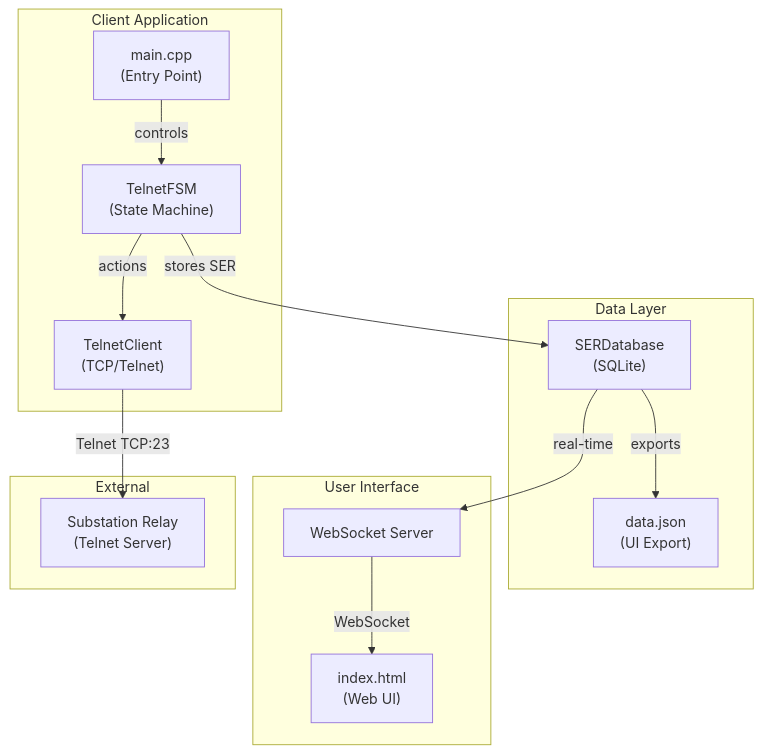
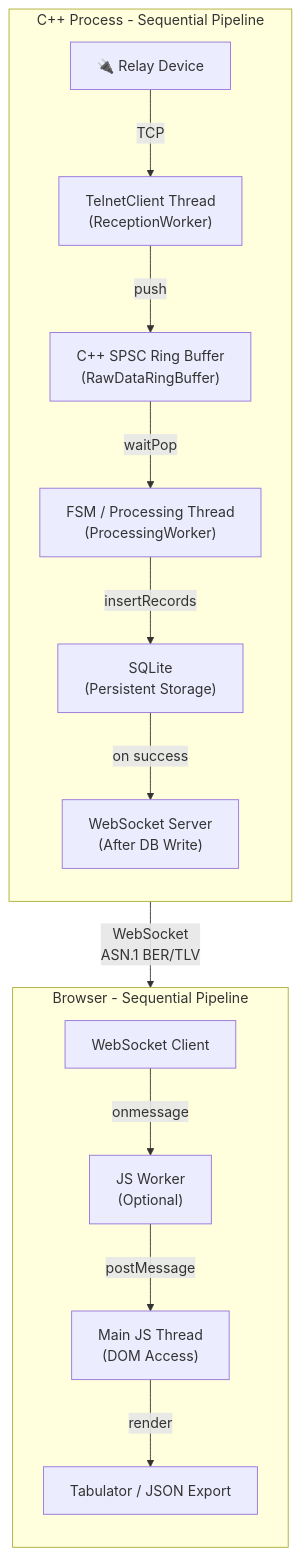
The diagram in work.md (Shimaeel/relay-monitoring), drawn with Mermaid before and after one commit. The commit also changed other lines of this file and 13 other files, not shown here.

````diff
--- a/work.md
+++ b/work.md
@@ -7,29 +43,32 @@
 ```mermaid
 flowchart TB
-    subgraph Client["Client Application"]
-        main["main.cpp\n(Entry Point)"]
-        fsm["TelnetFSM\n(State Machine)"]
-        client["TelnetClient\n(TCP/Telnet)"]
-        main -->|controls| fsm -->|actions| client
+    subgraph CPP["C++ Process - Sequential Pipeline"]
+        direction TB
+        relay["🔌 Relay Device"]
+        telnetThread["TelnetClient Thread\n(ReceptionWorker)"]
+        spscRing["C++ SPSC Ring Buffer\n(RawDataRingBuffer)"]
+        fsmThread["FSM / Processing Thread\n(ProcessingWorker)"]
+        sqlite["SQLite\n(Persistent Storage)"]
+        wsServer["WebSocket Server\n(After DB Write)"]
+        
+        relay -->|"TCP"| telnetThread
+        telnetThread -->|"push"| spscRing
+        spscRing -->|"waitPop"| fsmThread
+        fsmThread -->|"insertRecords"| sqlite
+        sqlite -->|"on success"| wsServer
     end
 
-    subgraph Data["Data Layer"]
-        db["SERDatabase\n(SQLite)"]
-        json["data.json\n(UI Export)"]
+    subgraph Browser["Browser - Sequential Pipeline"]
+        direction TB
+        wsClient["WebSocket Client"]
+        jsWorker["JS Worker\n(Optional)"]
+        mainJS["Main JS Thread\n(DOM Access)"]
+        tabulator["Tabulator / JSON Export"]
+        
+        wsClient -->|"onmessage"| jsWorker
+        jsWorker -->|"postMessage"| mainJS
+        mainJS -->|"render"| tabulator
     end
 
-    subgraph UI["User Interface"]
-        ws["WebSocket Server"]
-        html["index.html\n(Web UI)"]
-    end
-
-    subgraph External["External"]
-        relay["Substation Relay\n(Telnet Server)"]
-    end
-
-    client -->|Telnet TCP:23| relay
-    fsm -->|stores SER| db
-    db -->|exports| json
-    db -->|real-time| ws
-    ws -->|WebSocket| html
+    wsServer -->|"WebSocket\nASN.1 BER/TLV"| wsClient
 ```
````
